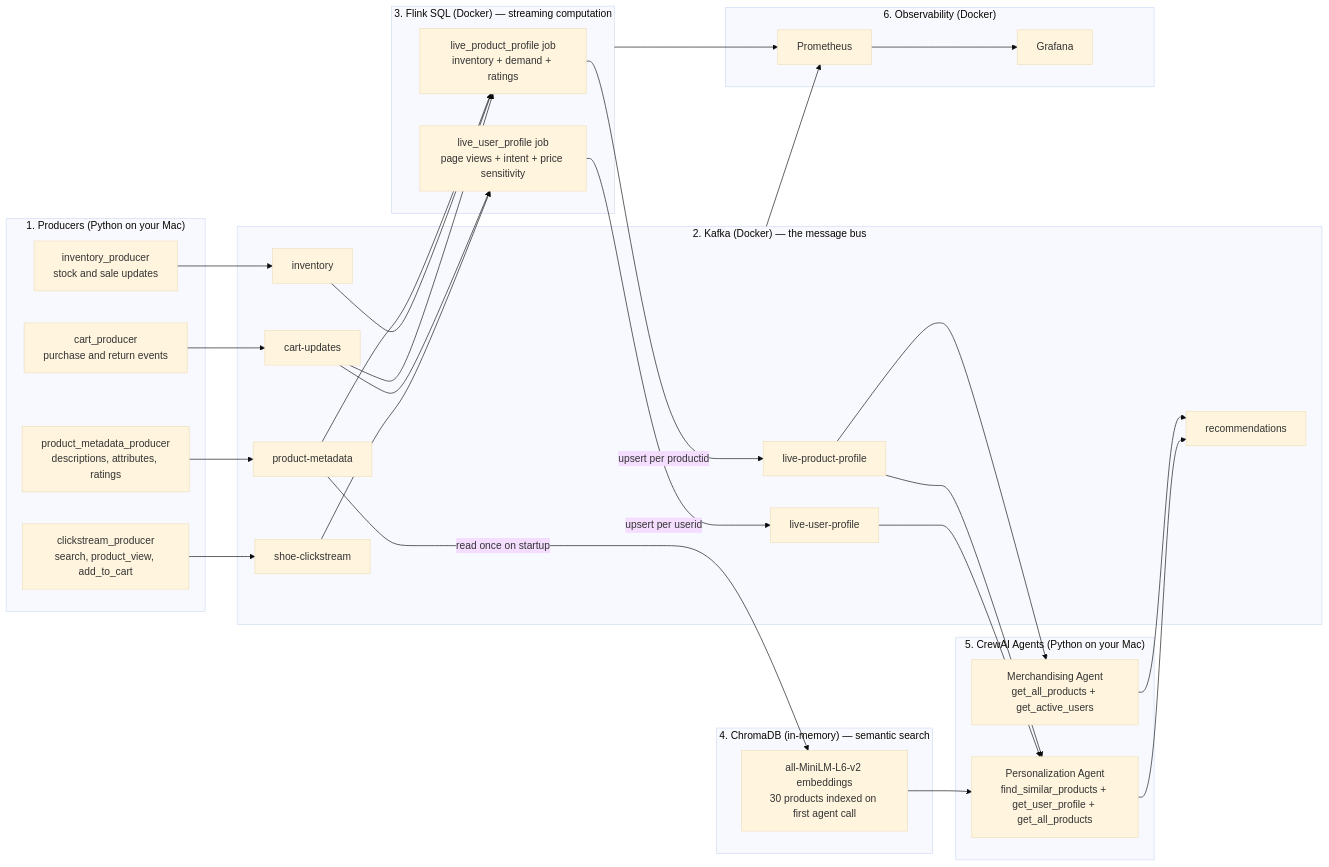
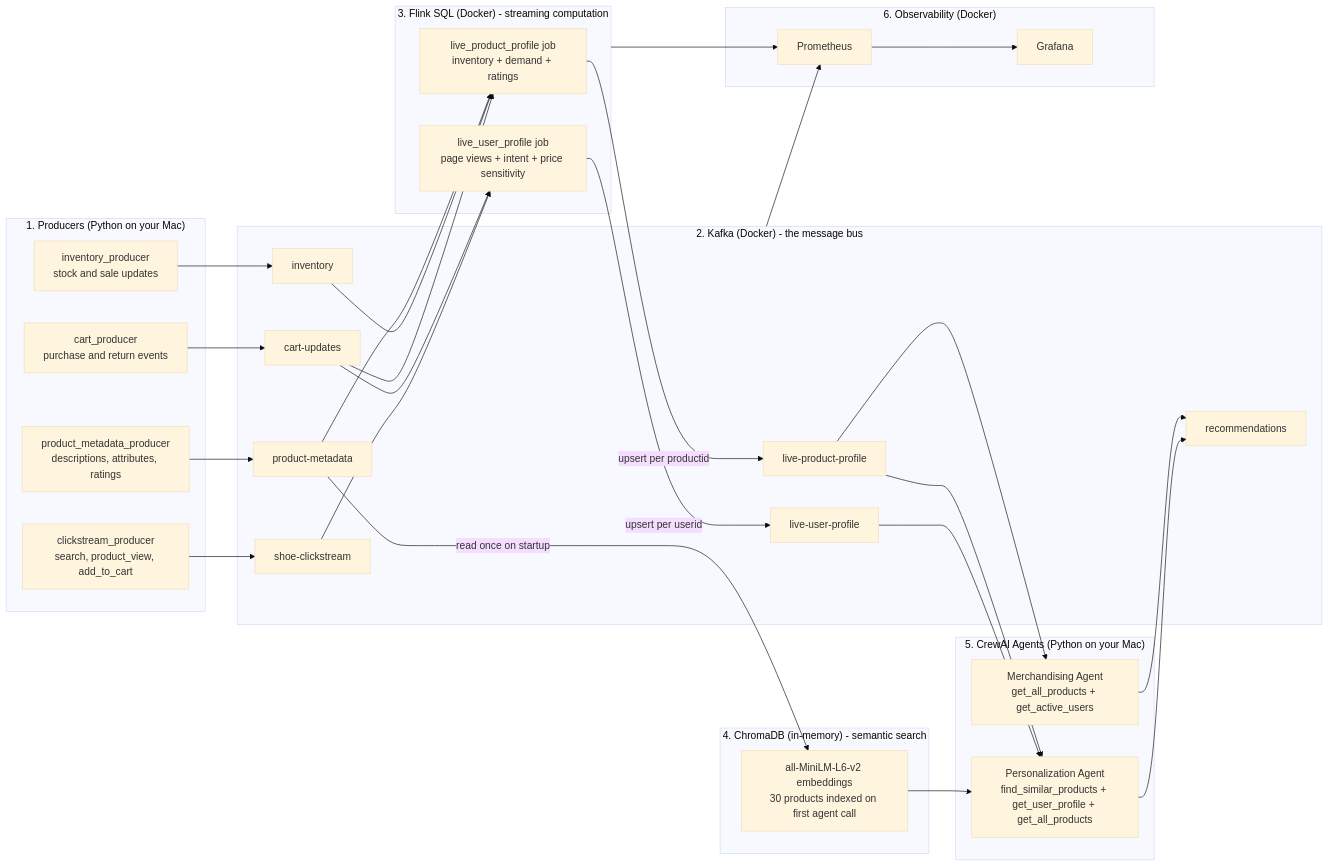
The first of 3 diagrams in README.md (AdvaitDarbare/realtime-personalization-engine), drawn with Mermaid (base theme) before and after one commit. The commit also changed other lines of this file and 8 other files, not shown here.

Commit message:
Stabilize pipeline and add architecture docs

````diff
--- a/README.md
+++ b/README.md
@@ -17,65 +27,65 @@
 ```mermaid
 flowchart LR
     subgraph Producers["1. Producers (Python on your Mac)"]
         C["clickstream_producer\nsearch, product_view, add_to_cart"]
         O["cart_producer\npurchase and return events"]
         I["inventory_producer\nstock and sale updates"]
         M["product_metadata_producer\ndescriptions, attributes, ratings"]
     end
 
-    subgraph Kafka["2. Kafka (Docker) — the message bus"]
+    subgraph Kafka["2. Kafka (Docker) - the message bus"]
         TC["shoe-clickstream"]
         TO["cart-updates"]
         TI["inventory"]
         TM["product-metadata"]
         TUP["live-user-profile"]
         TPP["live-product-profile"]
         TR["recommendations"]
     end
 
-    subgraph Flink["3. Flink SQL (Docker) — streaming computation"]
+    subgraph Flink["3. Flink SQL (Docker) - streaming computation"]
         FU["live_user_profile job\npage views + intent + price sensitivity"]
         FP["live_product_profile job\ninventory + demand + ratings"]
     end
 
-    subgraph VectorDB["4. ChromaDB (in-memory) — semantic search"]
+    subgraph VectorDB["4. ChromaDB (in-memory) - semantic search"]
         VDB["all-MiniLM-L6-v2 embeddings\n30 products indexed on first agent call"]
     end
 
     subgraph Agents["5. CrewAI Agents (Python on your Mac)"]
         PA["Personalization Agent\nfind_similar_products + get_user_profile + get_all_products"]
         MA["Merchandising Agent\nget_all_products + get_active_users"]
     end
 
     subgraph Dashboard["6. Observability (Docker)"]
         P["Prometheus"]
         G["Grafana"]
     end
 
     C --> TC
     O --> TO
     I --> TI
     M --> TM
 
     TC --> FU
     TO --> FU
     TO --> FP
     TI --> FP
     TM --> FP
 
     FU -->|"upsert per userid"| TUP
     FP -->|"upsert per productid"| TPP
 
     TM -->|"read once on startup"| VDB
 
     TUP --> PA
     TPP --> PA
     TPP --> MA
     VDB --> PA
 
     PA --> TR
     MA --> TR
 
     Kafka --> P --> G
     Flink --> P
 ```
````
